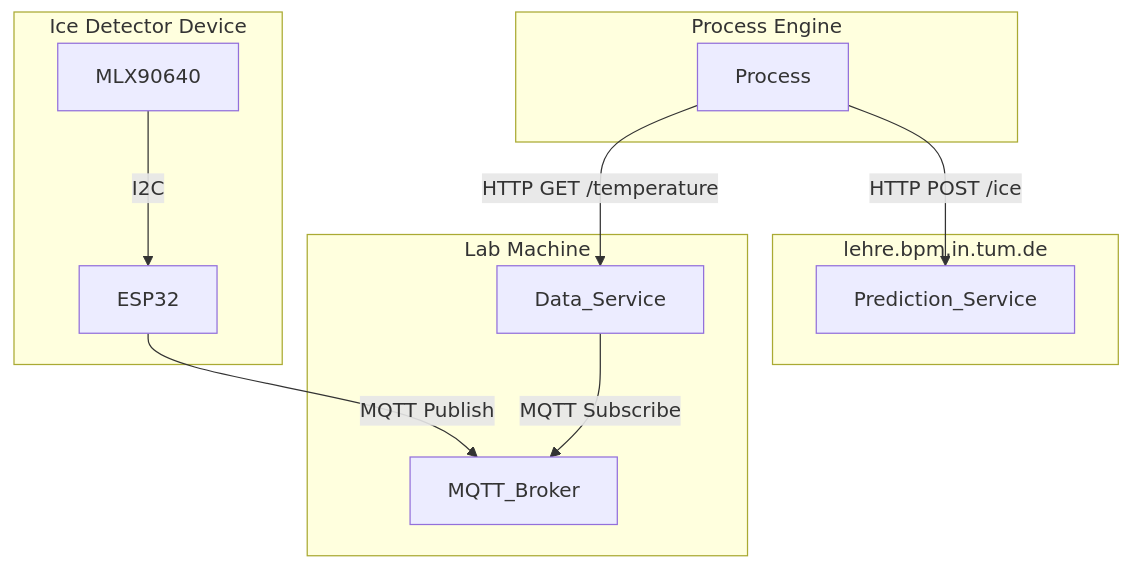
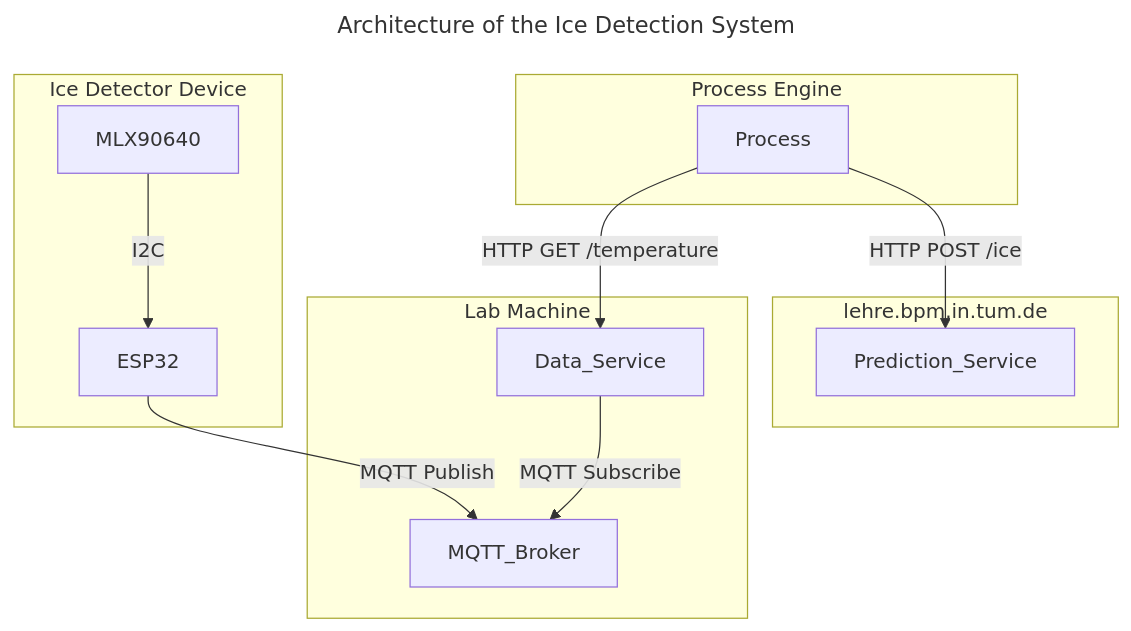
The diagram in README.md (jannemannX/master-praktikum-SoSe24), drawn with Mermaid before and after one commit. The commit also changed other lines of this file, not shown here.

Commit message:
Refactor README.md to provide clearer descriptions of the Ice Detection System components and challenges faced during the project.

````diff
--- a/README.md
+++ b/README.md
@@ -21,17 +16,20 @@
 ```mermaid
+---
+title: Architecture of the Ice Detection System
+---
 graph TD
     subgraph Process Engine
         Process
     end
     subgraph Ice Detector Device
         MLX90640 -->|I2C| ESP32
     end
     ESP32 -->|MQTT Publish| MQTT_Broker
     subgraph Lab Machine
         Data_Service -->|MQTT Subscribe| MQTT_Broker
         Process -->|HTTP GET /temperature| Data_Service
     end
     subgraph lehre.bpm.in.tum.de
         Process -->|HTTP POST /ice| Prediction_Service
     end
 ```
````
